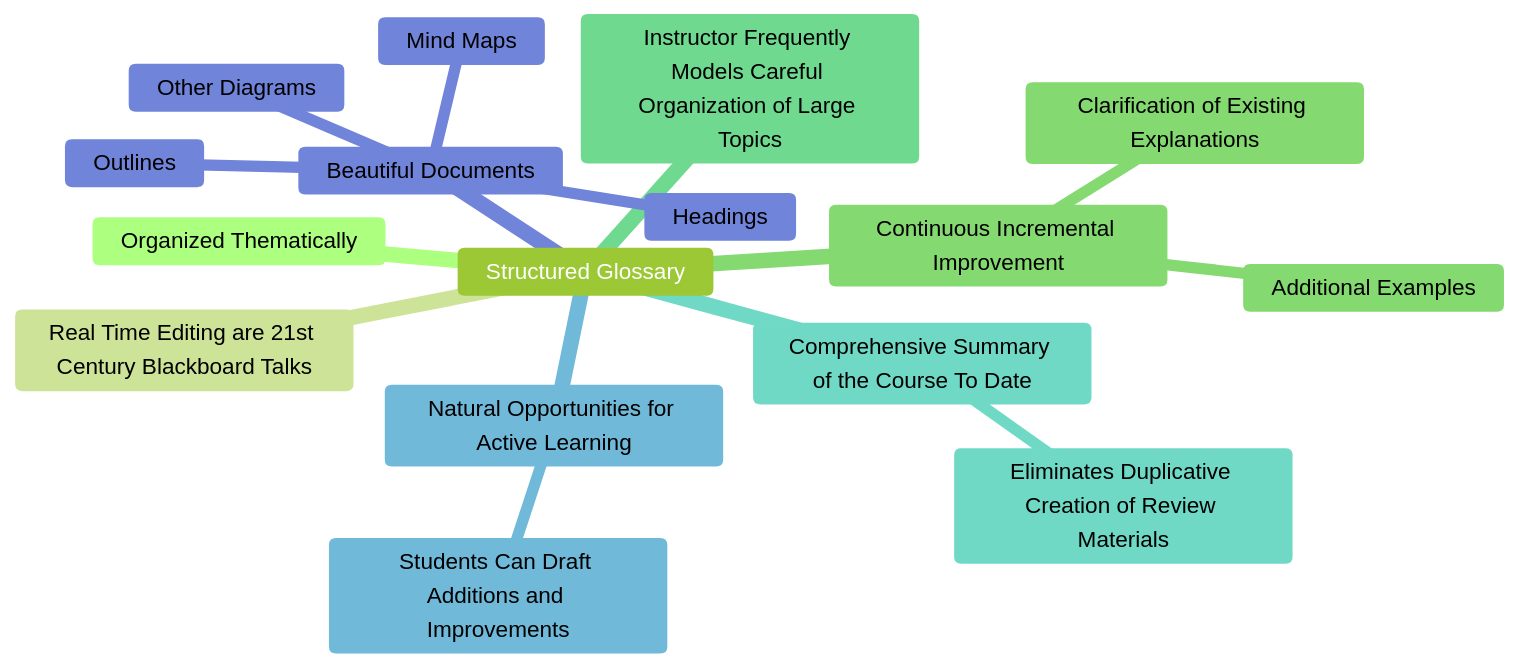
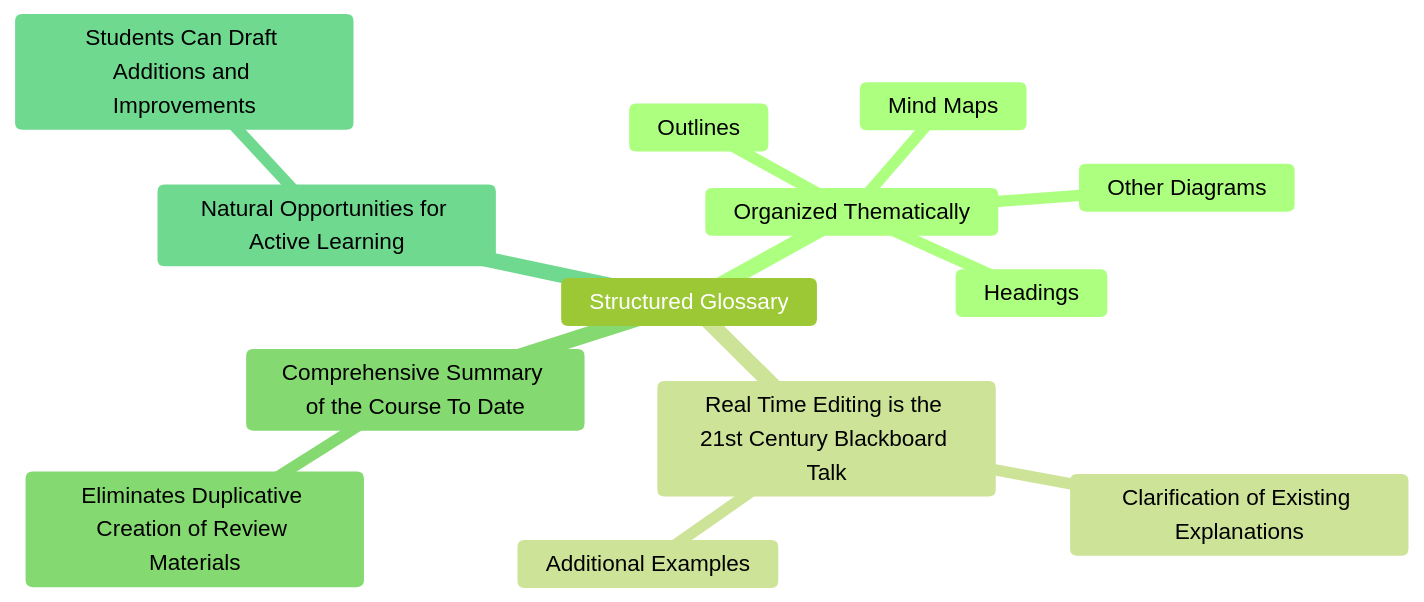
The third of 4 diagrams in README.md (marshallflax/vision), drawn with Mermaid before and after one commit. The commit also changed other lines of this file, not shown here.

````diff
--- a/README.md
+++ b/README.md
@@ -80,21 +80,18 @@
 ```mermaid
 %%{init: {'theme':'forest'}}%%
 
 mindmap
  Structured Glossary
   Organized Thematically
-  Real Time Editing are 21st Century Blackboard Talks
-  Continuous Incremental Improvement
+   Headings
+   Outlines
+   Mind Maps
+   Other Diagrams
+  Real Time Editing is the 21st Century Blackboard Talk
    Clarification of Existing Explanations
    Additional Examples
-  Instructor Frequently Models Careful Organization of Large Topics
   Comprehensive Summary of the Course To Date
    Eliminates Duplicative Creation of Review Materials
   Natural Opportunities for Active Learning
    Students Can Draft Additions and Improvements
-  Beautiful Documents
-   Headings
-   Outlines
-   Mind Maps
-   Other Diagrams
 ```
````
